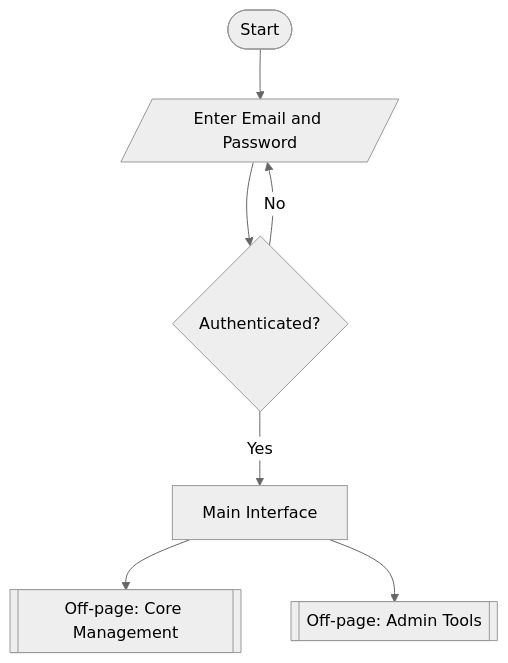
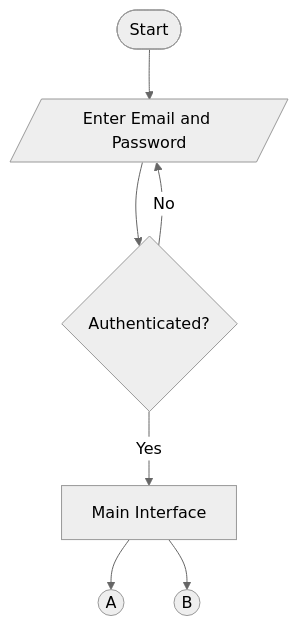
Before and after one commit to Jechrispotato/Refractor: the third of 33 diagrams in Manuscript/diagrams.md, drawn with Mermaid (neutral theme). The commit also changed other lines of this file and 2 other files, not shown here.

````diff
--- a/Manuscript/diagrams.md
+++ b/Manuscript/diagrams.md
@@ -69,9 +69,9 @@
 ```mermaid
 flowchart TD
     Start([Start]) --> Login[/Enter Email and Password/]
     Login --> Auth{Authenticated?}
     Auth -->|No| Login
     Auth -->|Yes| Main[Main Interface]
-    Main --> OP1[[Off-page: Core Management]]
-    Main --> OP2[[Off-page: Admin Tools]]
+    Main --> OP1((A))
+    Main --> OP2((B))
 ```
````
